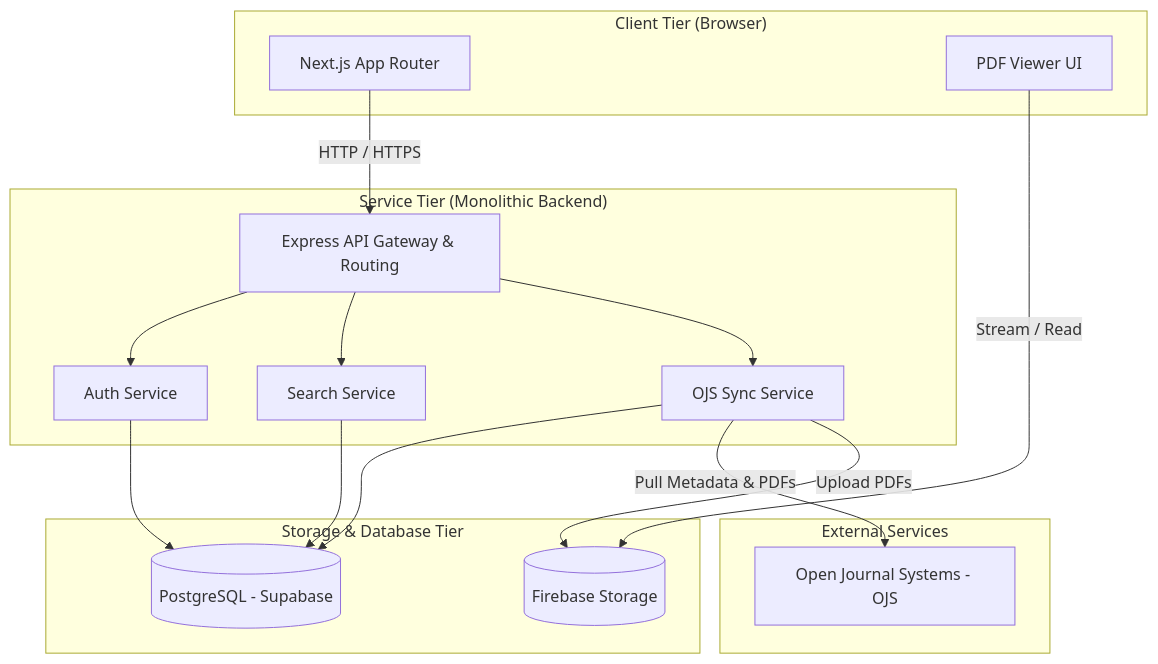
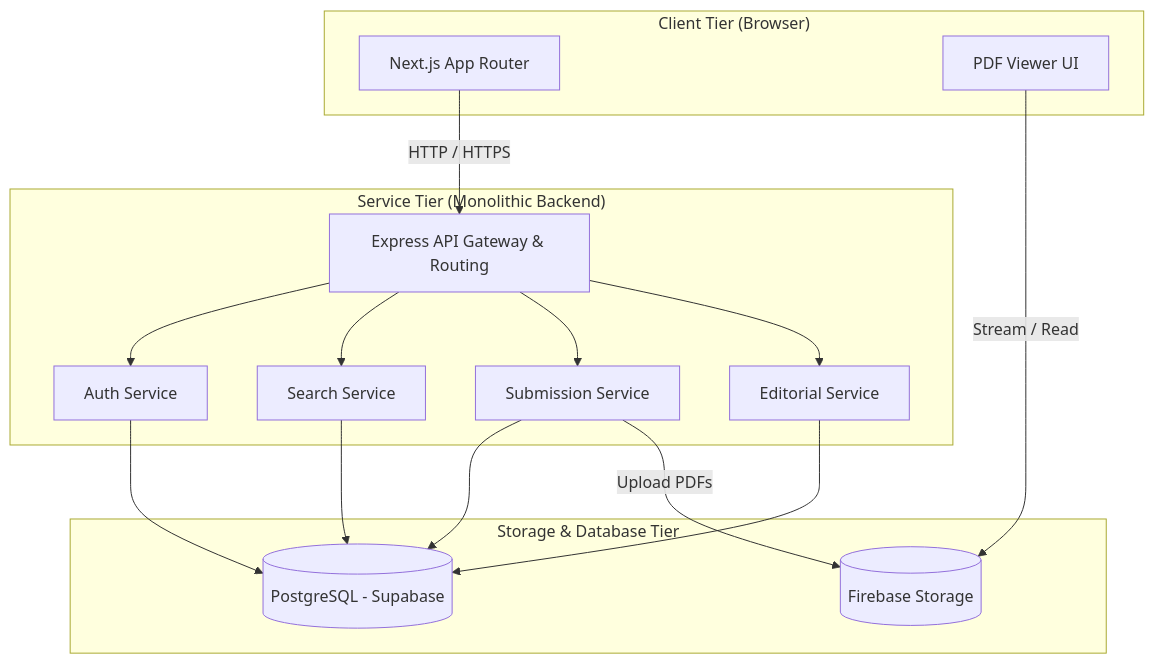
One commit to GhulamMustufa/science_direct_mvp changed the diagram in ARCHITECTURE.md. Above: the diagram before and after it, drawn with Mermaid. The commit also changed other lines of this file and 55 other files, not shown here.

Commit message:
refactor: replace OJS sync system with new submission and editorial management modules

````diff
--- a/ARCHITECTURE.md
+++ b/ARCHITECTURE.md
@@ -7,40 +7,38 @@
 ```mermaid
 graph TD
     subgraph Client ["Client Tier (Browser)"]
         FE[Next.js App Router]
         PDF[PDF Viewer UI]
     end
 
     subgraph Service ["Service Tier (Monolithic Backend)"]
         API[Express API Gateway & Routing]
         AuthSvc[Auth Service]
         SearchSvc[Search Service]
-        SyncSvc[OJS Sync Service]
+        SubmissionSvc[Submission Service]
+        EditorialSvc[Editorial Service]
         
         API --> AuthSvc
         API --> SearchSvc
-        API --> SyncSvc
+        API --> SubmissionSvc
+        API --> EditorialSvc
     end
 
     subgraph Storage ["Storage & Database Tier"]
         DB[(PostgreSQL - Supabase)]
         Firebase[(Firebase Storage)]
-    end
-
-    subgraph External ["External Services"]
-        OJS[Open Journal Systems - OJS]
     end
 
     %% Client flows
     FE -->|HTTP / HTTPS| API
     PDF -->|Stream / Read| Firebase
     
     %% Backend database flows
     AuthSvc --> DB
     SearchSvc --> DB
-    SyncSvc --> DB
+    SubmissionSvc --> DB
+    EditorialSvc --> DB
     
-    %% OJS sync flows
-    SyncSvc -->|Pull Metadata & PDFs| OJS
-    SyncSvc -->|Upload PDFs| Firebase
+    %% Upload flows
+    SubmissionSvc -->|Upload PDFs| Firebase
 ```
````
